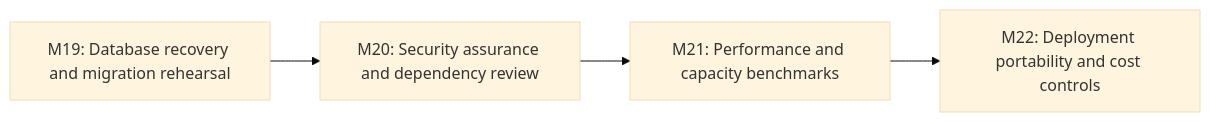
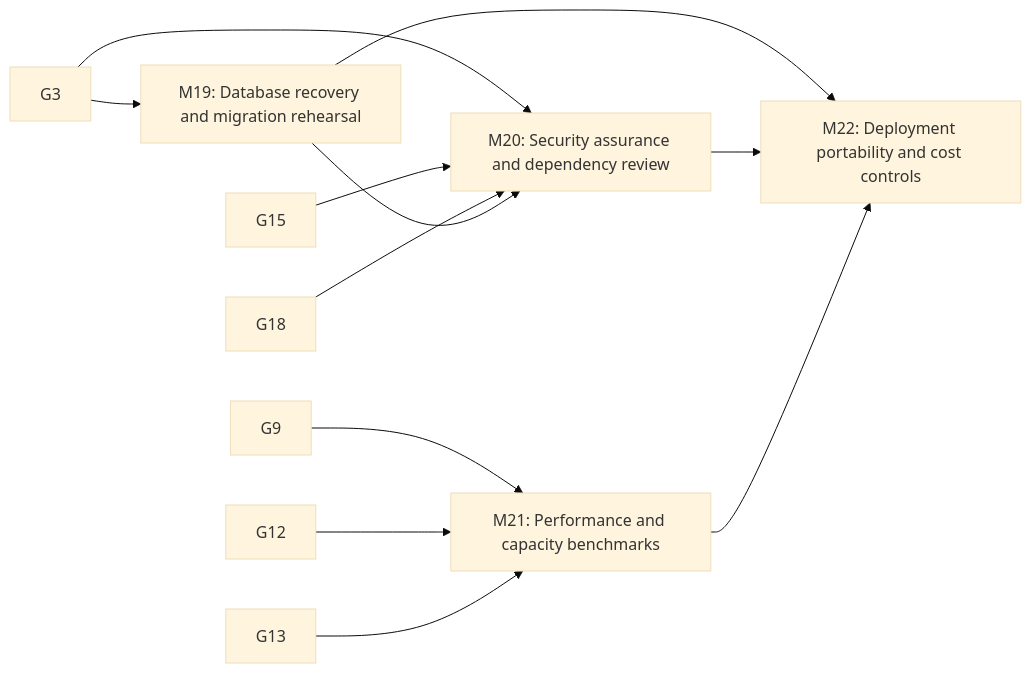
One commit to ekamal22/HarborOps-Enterprise-Maritime-Logistics-IT-Operations-Platform changed the sixth of 32 diagrams in docs/EXECUTION_GRAPH.md. Above: the diagram before and after it, drawn with Mermaid (base theme). The commit also changed other lines of this file and 2 other files, not shown here.

````diff
--- a/docs/EXECUTION_GRAPH.md
+++ b/docs/EXECUTION_GRAPH.md
@@ -92,8 +169,18 @@
 ```mermaid
 flowchart LR
   G19["M19: Database recovery and migration rehearsal"]
   G20["M20: Security assurance and dependency review"]
   G21["M21: Performance and capacity benchmarks"]
   G22["M22: Deployment portability and cost controls"]
-  G19 --> G20 --> G21 --> G22
+  G3 --> G19
+  G3 --> G20
+  G15 --> G20
+  G18 --> G20
+  G19 --> G20
+  G9 --> G21
+  G12 --> G21
+  G13 --> G21
+  G19 --> G22
+  G20 --> G22
+  G21 --> G22
 ```
````
